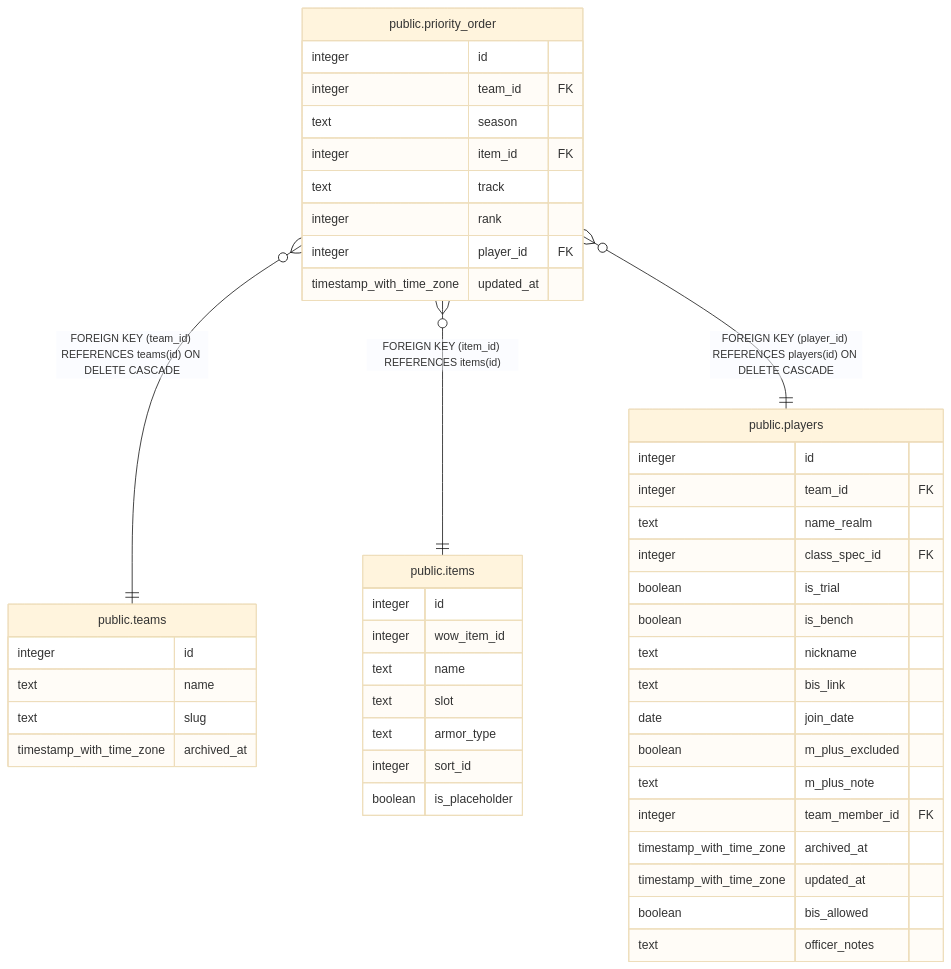
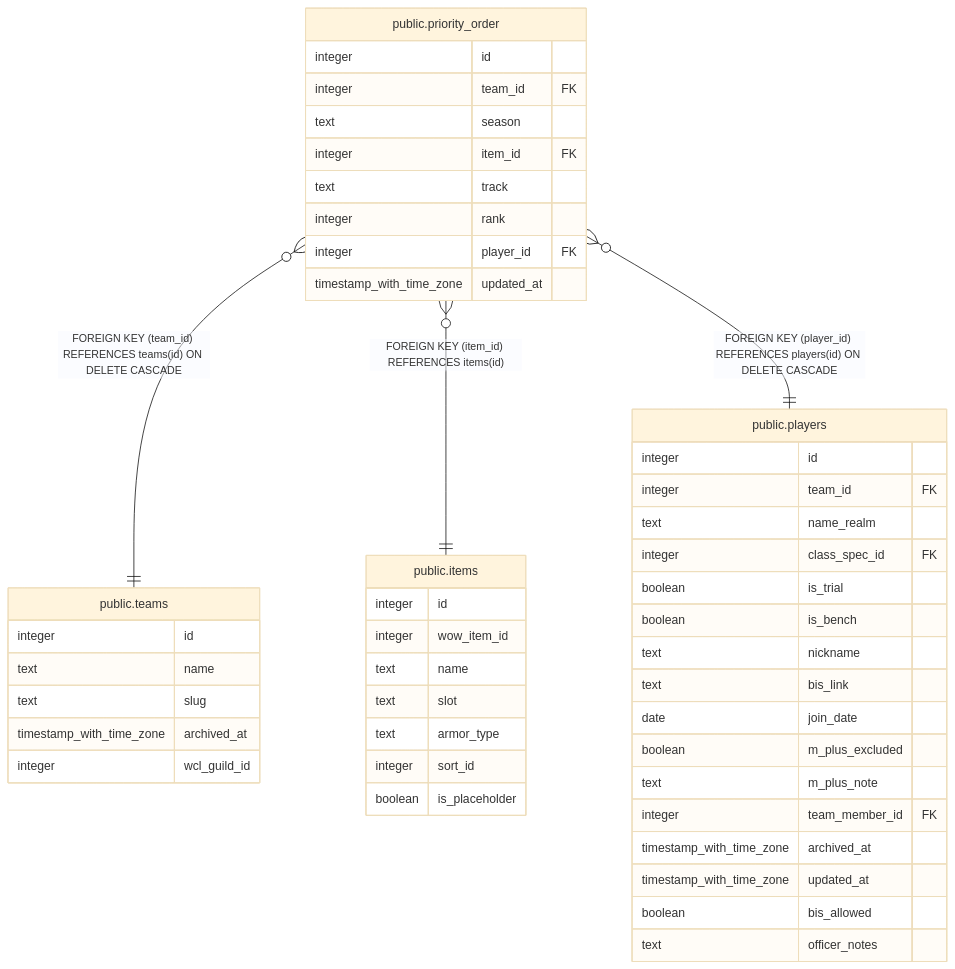
Before and after one commit to katogaming88/WGA-Raid-Hub: the diagram in dbdoc/public.priority_order.md, drawn with Mermaid (base theme). The commit also changed 21 other files, not shown here.

````diff
--- a/dbdoc/public.priority_order.md
+++ b/dbdoc/public.priority_order.md
@@ -45,51 +45,52 @@
 ```mermaid
 erDiagram
 
 "public.priority_order" }o--|| "public.teams" : "FOREIGN KEY (team_id) REFERENCES teams(id) ON DELETE CASCADE"
 "public.priority_order" }o--|| "public.items" : "FOREIGN KEY (item_id) REFERENCES items(id)"
 "public.priority_order" }o--|| "public.players" : "FOREIGN KEY (player_id) REFERENCES players(id) ON DELETE CASCADE"
 
 "public.priority_order" {
   integer id
   integer team_id FK
   text season
   integer item_id FK
   text track
   integer rank
   integer player_id FK
   timestamp_with_time_zone updated_at
 }
 "public.teams" {
   integer id
   text name
   text slug
   timestamp_with_time_zone archived_at
+  integer wcl_guild_id
 }
 "public.items" {
   integer id
   integer wow_item_id
   text name
   text slot
   text armor_type
   integer sort_id
   boolean is_placeholder
 }
 "public.players" {
   integer id
   integer team_id FK
   text name_realm
   integer class_spec_id FK
   boolean is_trial
   boolean is_bench
   text nickname
   text bis_link
   date join_date
   boolean m_plus_excluded
   text m_plus_note
   integer team_member_id FK
   timestamp_with_time_zone archived_at
   timestamp_with_time_zone updated_at
   boolean bis_allowed
   text officer_notes
 }
 ```
````
